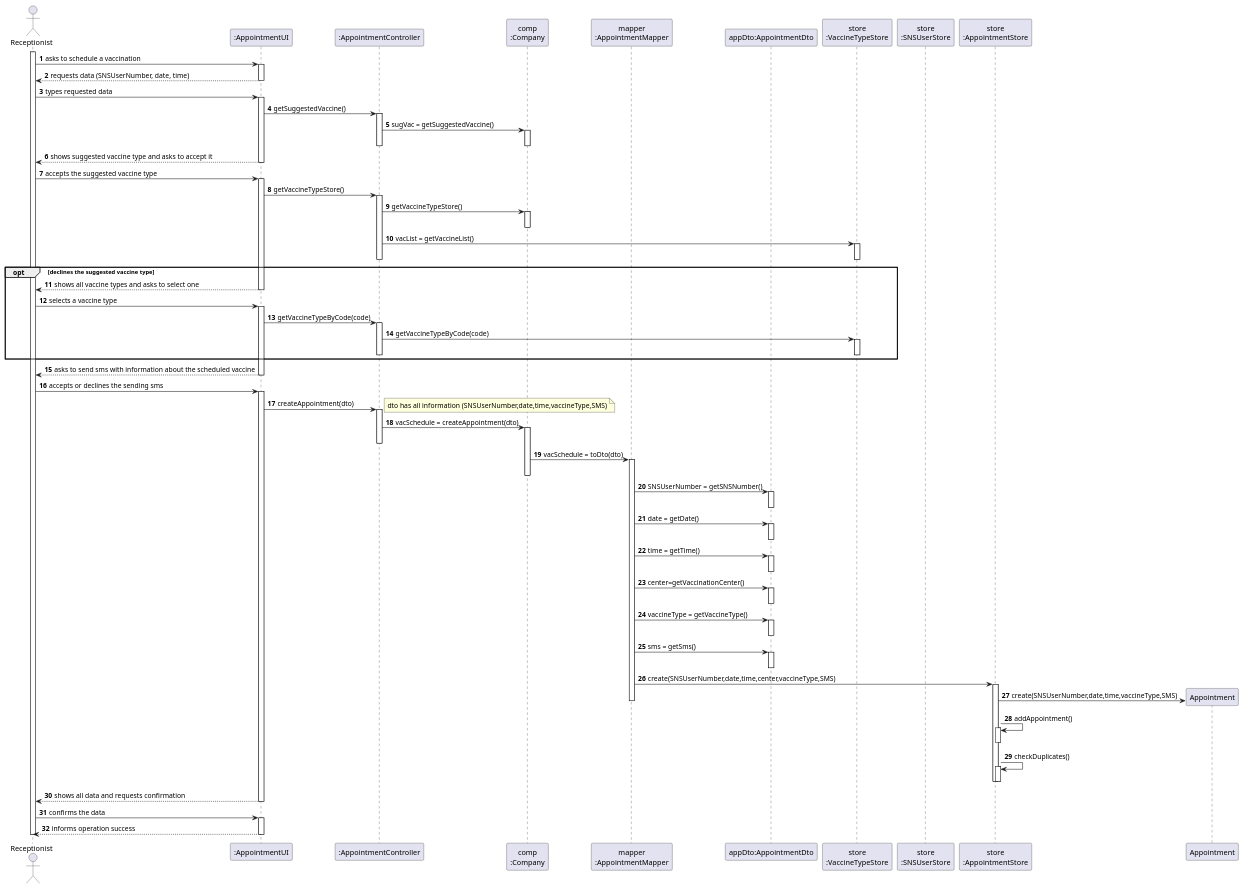
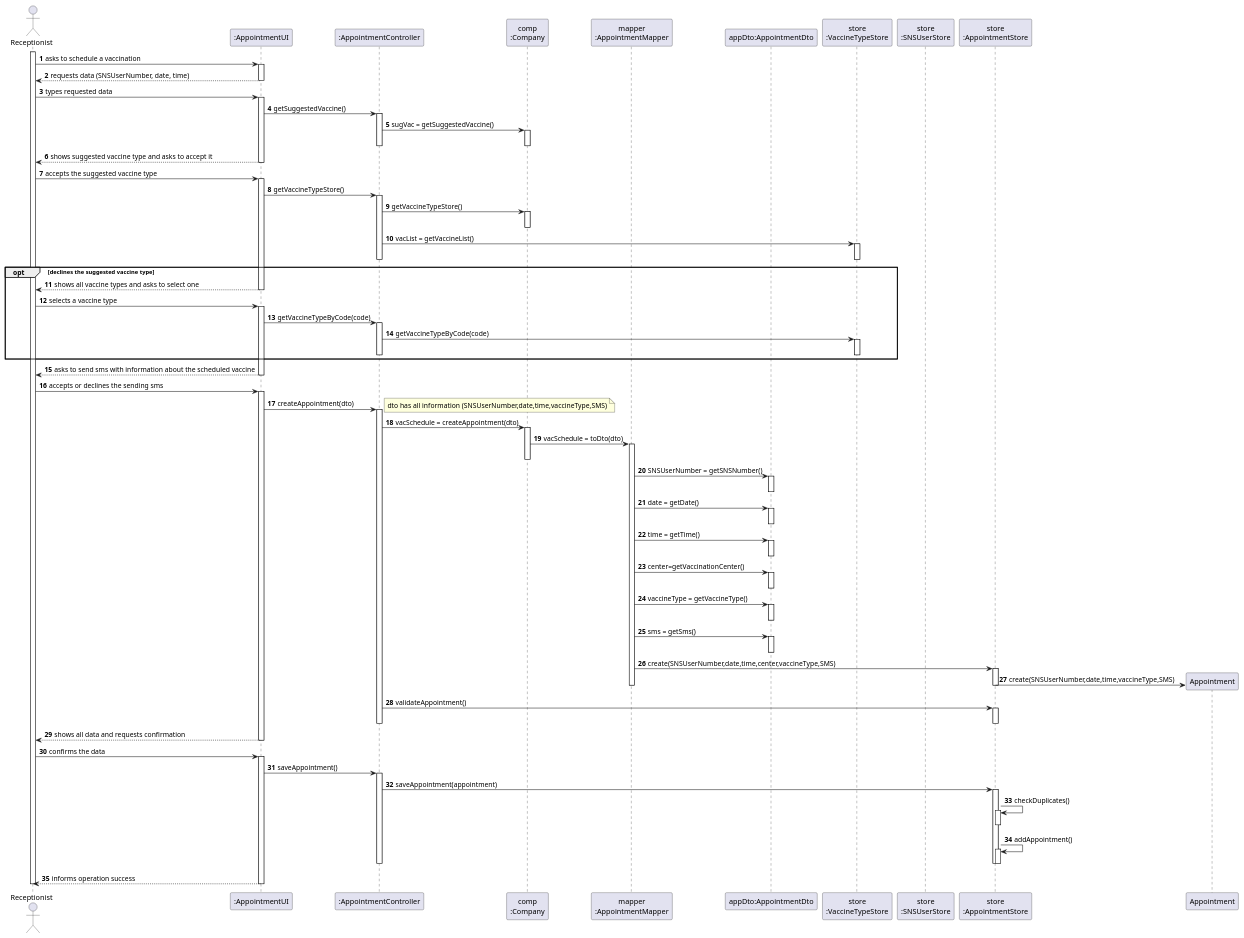
The diagram in docs/SprintC/US02/SD/US02_SD.puml (miseEnPlace-i/lapr2), drawn with PlantUML before and after one commit. The commit also changed 2 other files, not shown here.

```diff
--- a/docs/SprintC/US02/SD/US02_SD.puml
+++ b/docs/SprintC/US02/SD/US02_SD.puml
@@ -1,137 +1,151 @@
 @startuml US02_SD
 autonumber
 'hide footbox
 actor "Receptionist" as RECEPT
 
 participant ":AppointmentUI" as UI
 participant ":AppointmentController" as CTRL
 participant "comp\n:Company" as COMP
 participant "mapper\n:AppointmentMapper" as MAPPER
 participant "appDto:AppointmentDto" as DTO
 participant "store\n:VaccineTypeStore" as VACSTORE
 participant "store\n:SNSUserStore" as SNSSTORE
 participant "store\n:AppointmentStore" as APPSTORE
 
 activate RECEPT
 RECEPT -> UI : asks to schedule a vaccination
 activate UI
 
 UI --> RECEPT : requests data (SNSUserNumber, date, time)
 deactivate UI
 
 RECEPT -> UI : types requested data
 activate UI
 
 UI -> CTRL : getSuggestedVaccine()
 activate CTRL
 
 CTRL -> COMP : sugVac = getSuggestedVaccine()
 activate COMP
 deactivate CTRL
 deactivate COMP
 
 UI --> RECEPT : shows suggested vaccine type and asks to accept it
 deactivate UI
 
 RECEPT -> UI : accepts the suggested vaccine type
 activate UI
 
 UI -> CTRL : getVaccineTypeStore()
 activate CTRL
 
 CTRL -> COMP : getVaccineTypeStore()
 activate COMP
 deactivate COMP
 
 CTRL -> VACSTORE : vacList = getVaccineList()
 activate VACSTORE
 deactivate VACSTORE
 deactivate CTRL
 
 
 opt declines the suggested vaccine type
 UI --> RECEPT : shows all vaccine types and asks to select one
 deactivate UI
 
 RECEPT -> UI : selects a vaccine type
 activate UI
 
 UI -> CTRL : getVaccineTypeByCode(code)
 activate CTRL
 
 CTRL -> VACSTORE : getVaccineTypeByCode(code)
 activate VACSTORE
 deactivate VACSTORE
 deactivate CTRL
 end
 
 UI --> RECEPT : asks to send sms with information about the scheduled vaccine
 deactivate UI
 RECEPT -> UI : accepts or declines the sending sms
 activate UI
 
 UI -> CTRL : createAppointment(dto)
 activate CTRL
 
 note right 
 dto has all information (SNSUserNumber,date,time,vaccineType,SMS)
 end note
 CTRL -> COMP : vacSchedule = createAppointment(dto)
 activate COMP
-deactivate CTRL
+
 
 COMP -> MAPPER : vacSchedule = toDto(dto)
 activate MAPPER
 deactivate COMP
 
 MAPPER -> DTO : SNSUserNumber = getSNSNumber()
 activate DTO
 deactivate DTO
 
 MAPPER -> DTO : date = getDate()
 activate DTO
 deactivate DTO
 
 MAPPER -> DTO : time = getTime()
 activate DTO
 deactivate DTO
 
 MAPPER -> DTO : center=getVaccinationCenter()
 activate DTO
 deactivate DTO
 
 MAPPER -> DTO : vaccineType = getVaccineType()
 activate DTO
 deactivate DTO
 
 MAPPER -> DTO : sms = getSms() 
 activate DTO
 deactivate DTO
-deactivate CTRL
+
 
 MAPPER -> APPSTORE : create(SNSUserNumber,date,time,center,vaccineType,SMS)
 activate APPSTORE
 
 APPSTORE -> Appointment** : create(SNSUserNumber,date,time,vaccineType,SMS)
 deactivate MAPPER
-
-APPSTORE -> APPSTORE : addAppointment()
-activate APPSTORE
 deactivate APPSTORE
 
-APPSTORE -> APPSTORE : checkDuplicates()
+CTRL -> APPSTORE : validateAppointment()
 activate APPSTORE
+deactivate CTRL
 deactivate APPSTORE
-deactivate APPSTORE
+
 
 UI --> RECEPT : shows all data and requests confirmation
 deactivate UI
 RECEPT -> UI : confirms the data
 activate UI
+
+UI -> CTRL : saveAppointment()
+activate CTRL
+
+CTRL -> APPSTORE : saveAppointment(appointment)
+activate APPSTORE
+
+APPSTORE -> APPSTORE : checkDuplicates()
+activate APPSTORE
+deactivate APPSTORE
+
+APPSTORE -> APPSTORE : addAppointment()
+activate APPSTORE
+deactivate APPSTORE
+deactivate APPSTORE
+deactivate CTRL
 
 UI --> RECEPT : informs operation success
 deactivate UI
 
 deactivate RECEPT
 
 @enduml
```
